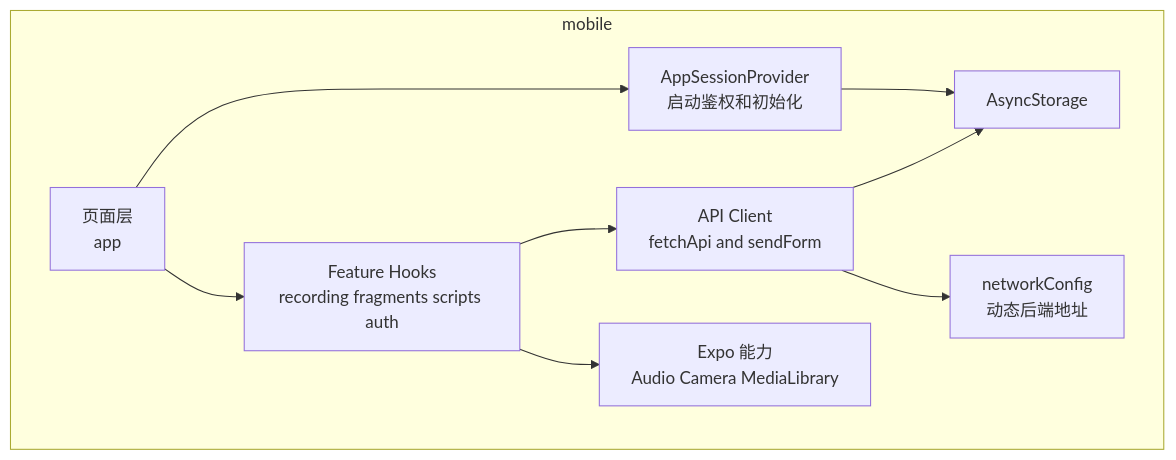
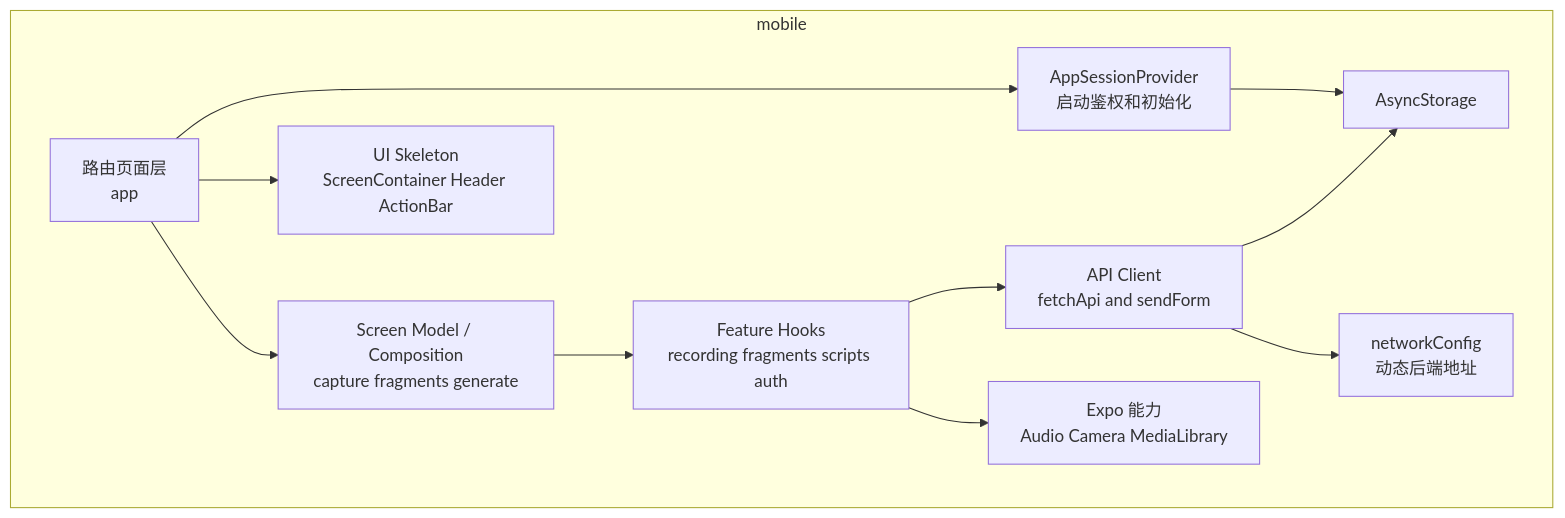
The second of 7 diagrams in memory-bank/architecture.md (YCZA2/SparkFlow), drawn with Mermaid before and after one commit. The commit also changed other lines of this file and 4 other files, not shown here.

````diff
--- a/memory-bank/architecture.md
+++ b/memory-bank/architecture.md
@@ -36,20 +36,24 @@
 ```mermaid
 flowchart TD
     subgraph Mobile[mobile]
-        L[页面层<br>app]
+        L[路由页面层<br>app]
+        SM[Screen Model / Composition<br>capture fragments generate]
+        UI[UI Skeleton<br>ScreenContainer Header ActionBar]
         P[AppSessionProvider<br>启动鉴权和初始化]
         H[Feature Hooks<br>recording fragments scripts auth]
         C[API Client<br>fetchApi and sendForm]
         S[AsyncStorage]
         N[networkConfig<br>动态后端地址]
         X[Expo 能力<br>Audio Camera MediaLibrary]
     end
 
     L --> P
-    L --> H
+    L --> SM
+    L --> UI
+    SM --> H
     H --> C
     H --> X
     P --> S
     C --> S
     C --> N
 ```
````
